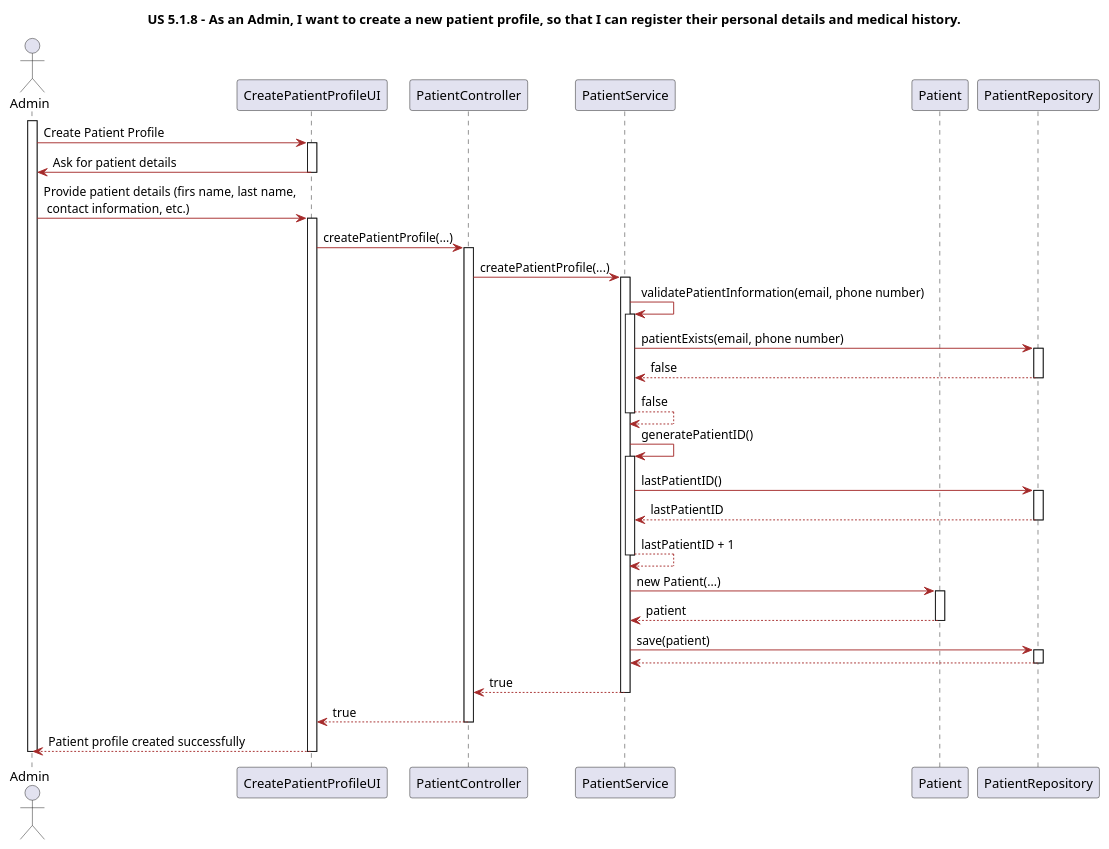
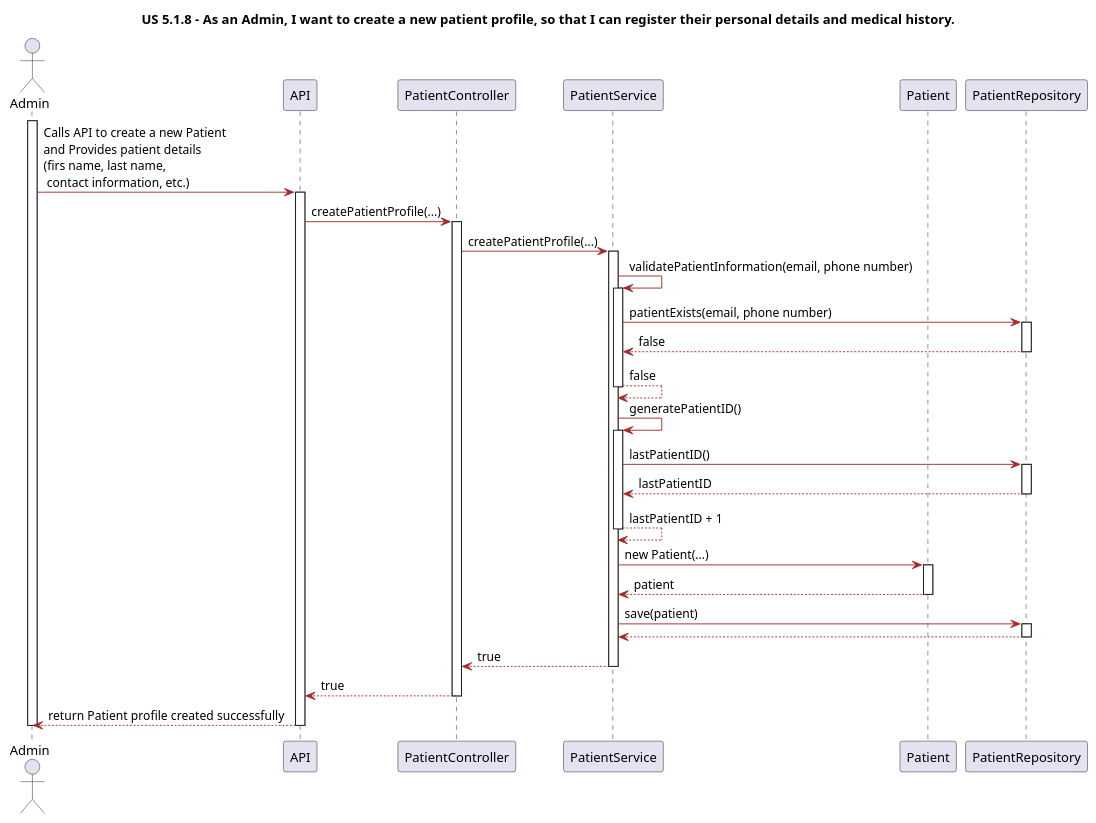
The diagram in Docs/Sprint1/UserStories/LAPR5/us518/design/puml/sequence-diagram.puml (LAPR5-043/sem_5_24_25_043), drawn with PlantUML before and after one commit.

Commit message:
#11 Update Documentation

```diff
--- a/Docs/Sprint1/UserStories/LAPR5/us518/design/puml/sequence-diagram.puml
+++ b/Docs/Sprint1/UserStories/LAPR5/us518/design/puml/sequence-diagram.puml
@@ -1,127 +1,119 @@
 @startuml
 
 
 title US 5.1.8 - As an Admin, I want to create a new patient profile, so that I can register their personal details and medical history.
 
 skinparam classAttributeIconSize 0
 
 skinparam class {
     LifeLineBorderColor DodgerBlue
     LifeLineBackgroundColor APPLICATION
     BackgroundColor LemonChiffon
     ArrowColor Brown
     BorderColor SaddleBrown
 }
 
 skinparam packageStyle rectangle
 
 skinparam card {
     LifeLineBorderColor DodgerBlue
     LifeLineBackgroundColor APPLICATION
     BackgroundColor LemonChiffon
     ArrowColor Brown
     BorderColor SaddleBrown
 }
 
 actor "Admin" as A
 
-participant "CreatePatientProfileUI" as UI
+participant "API" as API
 participant "PatientController" as PC
 participant "PatientService" as PS
 participant "Patient" as P
 participant "PatientRepository" as PR
 
 
 
 activate A
 
-A -> UI: Create Patient Profile
+A -> API: Calls API to create a new Patient \nand Provides patient details \n(firs name, last name,\n contact information, etc.)
 
-activate UI
+activate API
 
-UI -> A: Ask for patient details
-
-deactivate UI
-
-A -> UI: Provide patient details (firs name, last name,\n contact information, etc.)
-
-activate UI
-
-UI -> PC: createPatientProfile(...)
+API -> PC: createPatientProfile(...)
 
 activate PC
 
 PC -> PS: createPatientProfile(...)
 
 activate PS
 
 PS -> PS: validatePatientInformation(email, phone number)
 
 activate PS
 
 PS -> PR: patientExists(email, phone number)
 
 activate PR
 
 PR --> PS: false
 
 deactivate PR
 
 PS --> PS: false
 
 deactivate PS
 
 
 
 PS -> PS: generatePatientID()
 
 activate PS
 
 PS -> PR: lastPatientID()
 
 activate PR
 
 PR --> PS: lastPatientID
 
 deactivate PR
 
 PS --> PS: lastPatientID + 1
 
 deactivate PS
 
 PS -> P: new Patient(...)
 
 activate P
 
 P --> PS: patient
 
 deactivate P
 
 PS -> PR: save(patient)
 
 activate PR
 
 PR --> PS: 
 
 deactivate PR
 
 PS --> PC: true
 
 deactivate PS
 
-PC --> UI: true
+PC --> API: true
 
 deactivate PC
 
-UI --> A: Patient profile created successfully
+API --> A: return Patient profile created successfully
 
-deactivate UI
+deactivate API
 
 deactivate A
 
 
 
 
 
 
 @enduml
```
